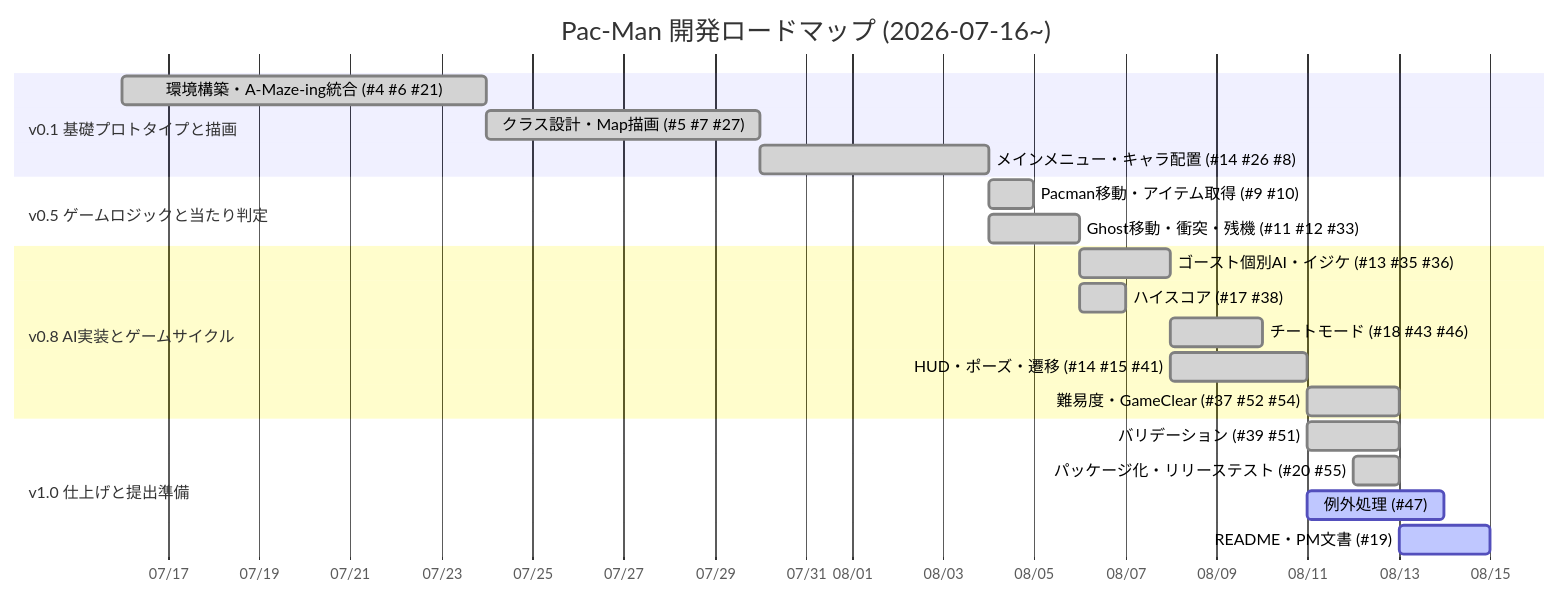
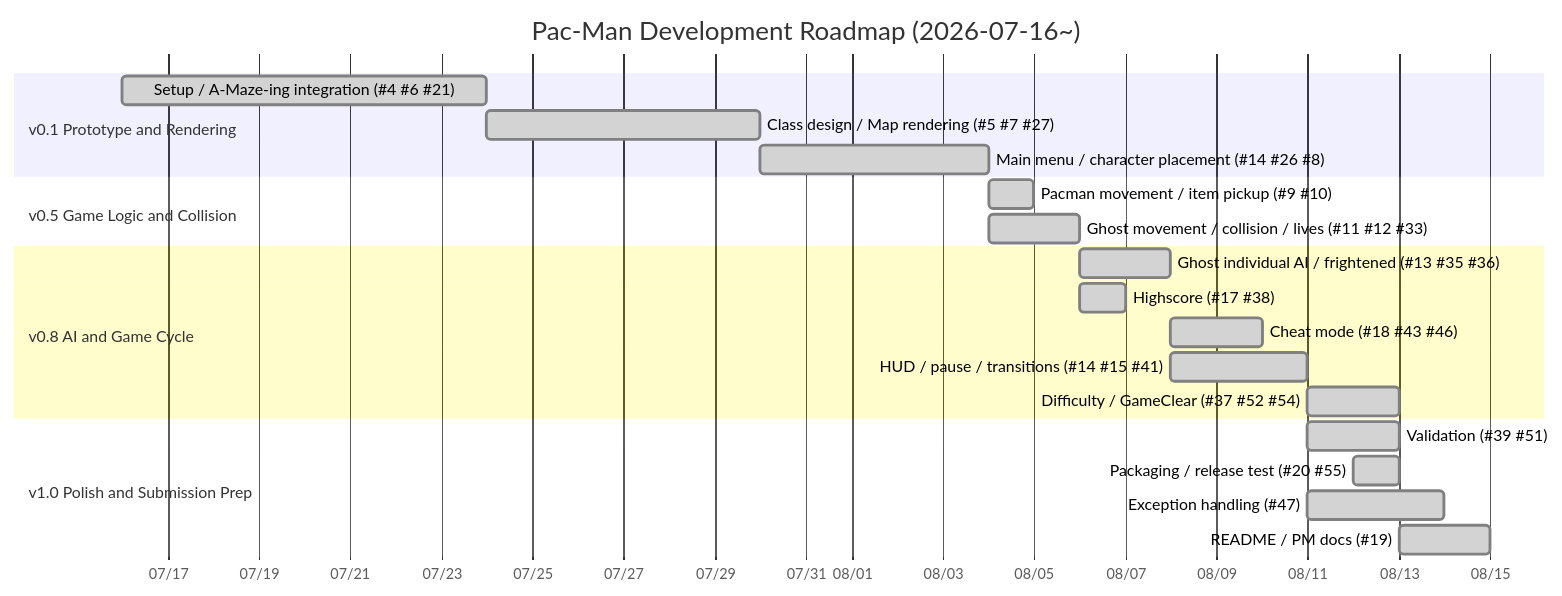
One commit to MangoMan0001/My_PACMAN changed the diagram in docs/project_management.md. Above: the diagram before and after it, drawn with Mermaid. The commit also changed other lines of this file, not shown here.

````diff
--- a/docs/project_management.md
+++ b/docs/project_management.md
@@ -60,25 +58,25 @@
 ```mermaid
 gantt
-    title Pac-Man 開発ロードマップ (2026-07-16~)
+    title Pac-Man Development Roadmap (2026-07-16~)
     dateFormat YYYY-MM-DD
     axisFormat %m/%d
-    section v0.1 基礎プロトタイプと描画
+    section v0.1 Prototype and Rendering
 
-    環境構築・A-Maze-ing統合 (#4 #6 #21) :done, 2026-07-16, 2026-07-24
-    クラス設計・Map描画 (#5 #7 #27) :done, 2026-07-24, 2026-07-30
-    メインメニュー・キャラ配置 (#14 #26 #8) :done, 2026-07-30, 2026-08-04
-    section v0.5 ゲームロジックと当たり判定
-    Pacman移動・アイテム取得 (#9 #10) :done, 2026-08-04, 2026-08-05
-    Ghost移動・衝突・残機 (#11 #12 #33) :done, 2026-08-04, 2026-08-06
-    section v0.8 AI実装とゲームサイクル
-    ゴースト個別AI・イジケ (#13 #35 #36) :done, 2026-08-06, 2026-08-08
-    ハイスコア (#17 #38) :done, 2026-08-06, 2026-08-07
-    チートモード (#18 #43 #46) :done, 2026-08-08, 2026-08-10
-    HUD・ポーズ・遷移 (#14 #15 #41) :done, 2026-08-08, 2026-08-11
-    難易度・GameClear (#37 #52 #54) :done, 2026-08-11, 2026-08-13
-    section v1.0 仕上げと提出準備
-    バリデーション (#39 #51) :done, 2026-08-11, 2026-08-13
-    パッケージ化・リリーステスト (#20 #55) :done, 2026-08-12, 2026-08-13
-    例外処理 (#47) :active, 2026-08-11, 2026-08-14
-    README・PM文書 (#19) :active, 2026-08-13, 2026-08-15
+    Setup / A-Maze-ing integration (#4 #6 #21) :done, 2026-07-16, 2026-07-24
+    Class design / Map rendering (#5 #7 #27) :done, 2026-07-24, 2026-07-30
+    Main menu / character placement (#14 #26 #8) :done, 2026-07-30, 2026-08-04
+    section v0.5 Game Logic and Collision
+    Pacman movement / item pickup (#9 #10) :done, 2026-08-04, 2026-08-05
+    Ghost movement / collision / lives (#11 #12 #33) :done, 2026-08-04, 2026-08-06
+    section v0.8 AI and Game Cycle
+    Ghost individual AI / frightened (#13 #35 #36) :done, 2026-08-06, 2026-08-08
+    Highscore (#17 #38) :done, 2026-08-06, 2026-08-07
+    Cheat mode (#18 #43 #46) :done, 2026-08-08, 2026-08-10
+    HUD / pause / transitions (#14 #15 #41) :done, 2026-08-08, 2026-08-11
+    Difficulty / GameClear (#37 #52 #54) :done, 2026-08-11, 2026-08-13
+    section v1.0 Polish and Submission Prep
+    Validation (#39 #51) :done, 2026-08-11, 2026-08-13
+    Packaging / release test (#20 #55) :done, 2026-08-12, 2026-08-13
+    Exception handling (#47) :done, 2026-08-11, 2026-08-14
+    README / PM docs (#19) :done, 2026-08-13, 2026-08-15
 ```
````
